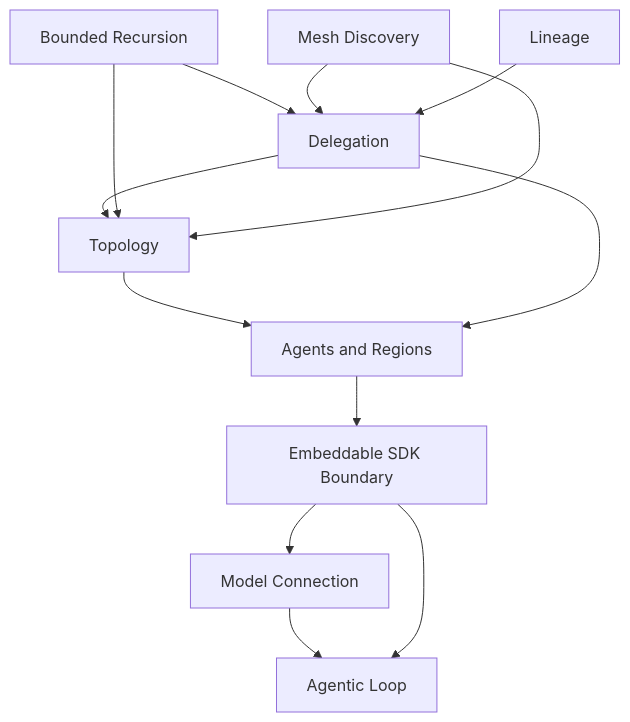
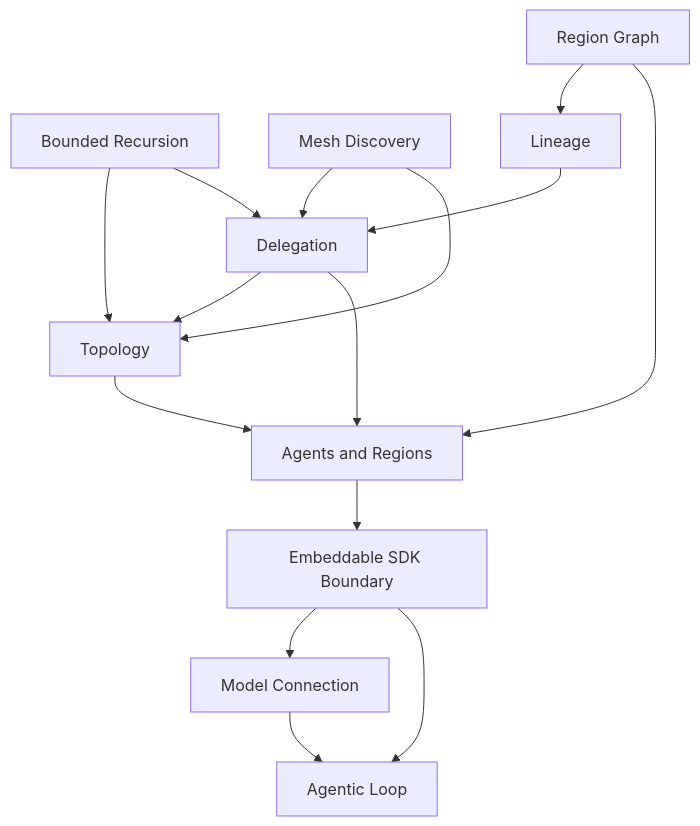
The diagram in specs/README.md (latere-ai/topos), drawn with Mermaid before and after one commit. The commit also changed other lines of this file and 1 other file, not shown here.

First line of the commit message:
spec(topos): add Region Graph spec and wire it into the index

````diff
--- a/specs/README.md
+++ b/specs/README.md
@@ -67,25 +71,28 @@
 ```mermaid
 graph TD
   loop[Agentic Loop]
   model[Model Connection]
   sdk[Embeddable SDK Boundary]
   ar[Agents and Regions]
+  rgraph[Region Graph]
   topo[Topology]
   del[Delegation]
   rec[Bounded Recursion]
   disc[Mesh Discovery]
   lin[Lineage]
 
   model --> loop
   sdk --> loop
   sdk --> model
   ar --> sdk
   topo --> ar
   del --> ar
   del --> topo
   rec --> del
   rec --> topo
   disc --> topo
   disc --> del
   lin --> del
+  rgraph --> ar
+  rgraph --> lin
 ```
````
